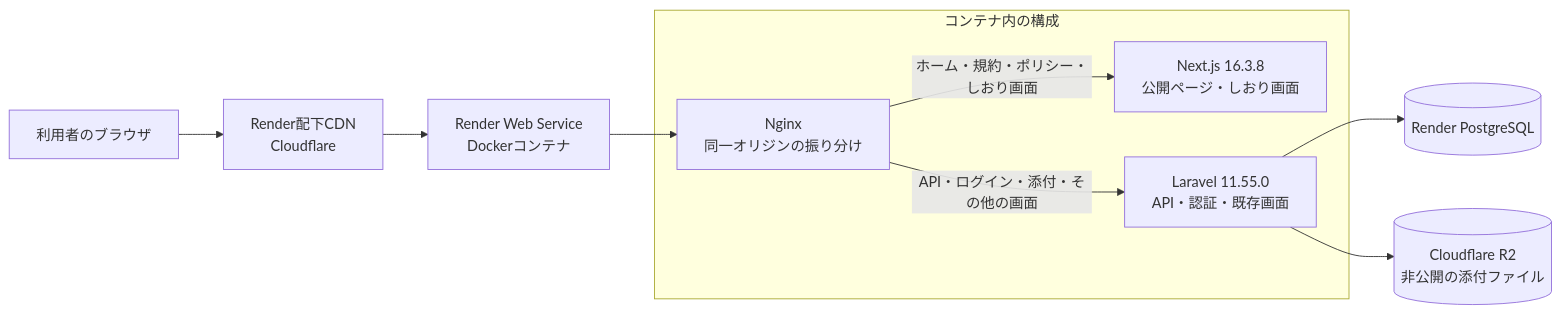
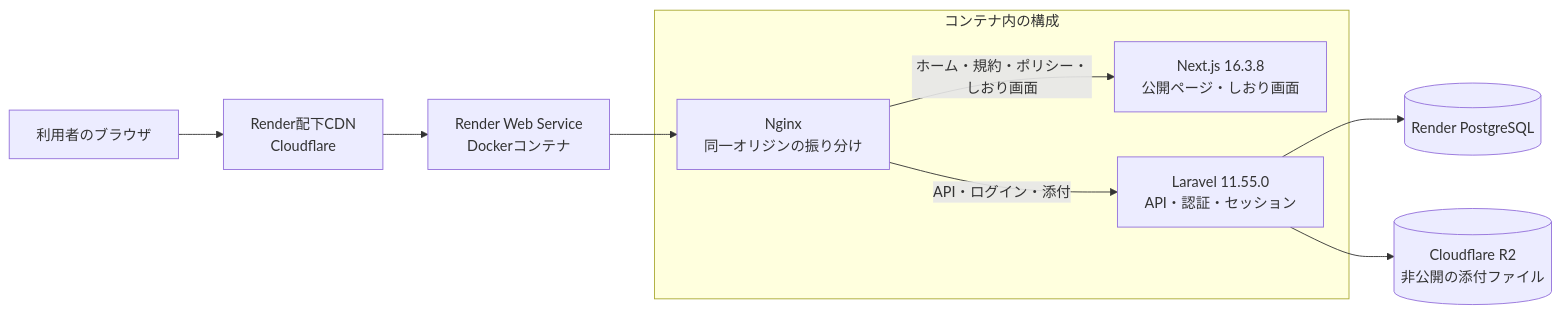
The first of 2 diagrams in README.md (ramer-orange/guide), drawn with Mermaid before and after one commit. The commit also changed other lines of this file and 249 other files, not shown here.

````diff
--- a/README.md
+++ b/README.md
@@ -105,15 +105,15 @@
 ```mermaid
 flowchart LR
     User[利用者のブラウザ] --> Edge[Render配下CDN<br/>Cloudflare]
     Edge --> Render[Render Web Service<br/>Dockerコンテナ]
     subgraph App[コンテナ内の構成]
         Nginx[Nginx<br/>同一オリジンの振り分け]
         Next[Next.js 16.3.8<br/>公開ページ・しおり画面]
-        Laravel[Laravel 11.55.0<br/>API・認証・既存画面]
+        Laravel[Laravel 11.55.0<br/>API・認証・セッション]
         Nginx -->|ホーム・規約・ポリシー・しおり画面| Next
-        Nginx -->|API・ログイン・添付・その他の画面| Laravel
+        Nginx -->|API・ログイン・添付| Laravel
     end
     Render --> Nginx
     Laravel --> DB[(Render PostgreSQL)]
     Laravel --> R2[(Cloudflare R2<br/>非公開の添付ファイル)]
 ```
````
